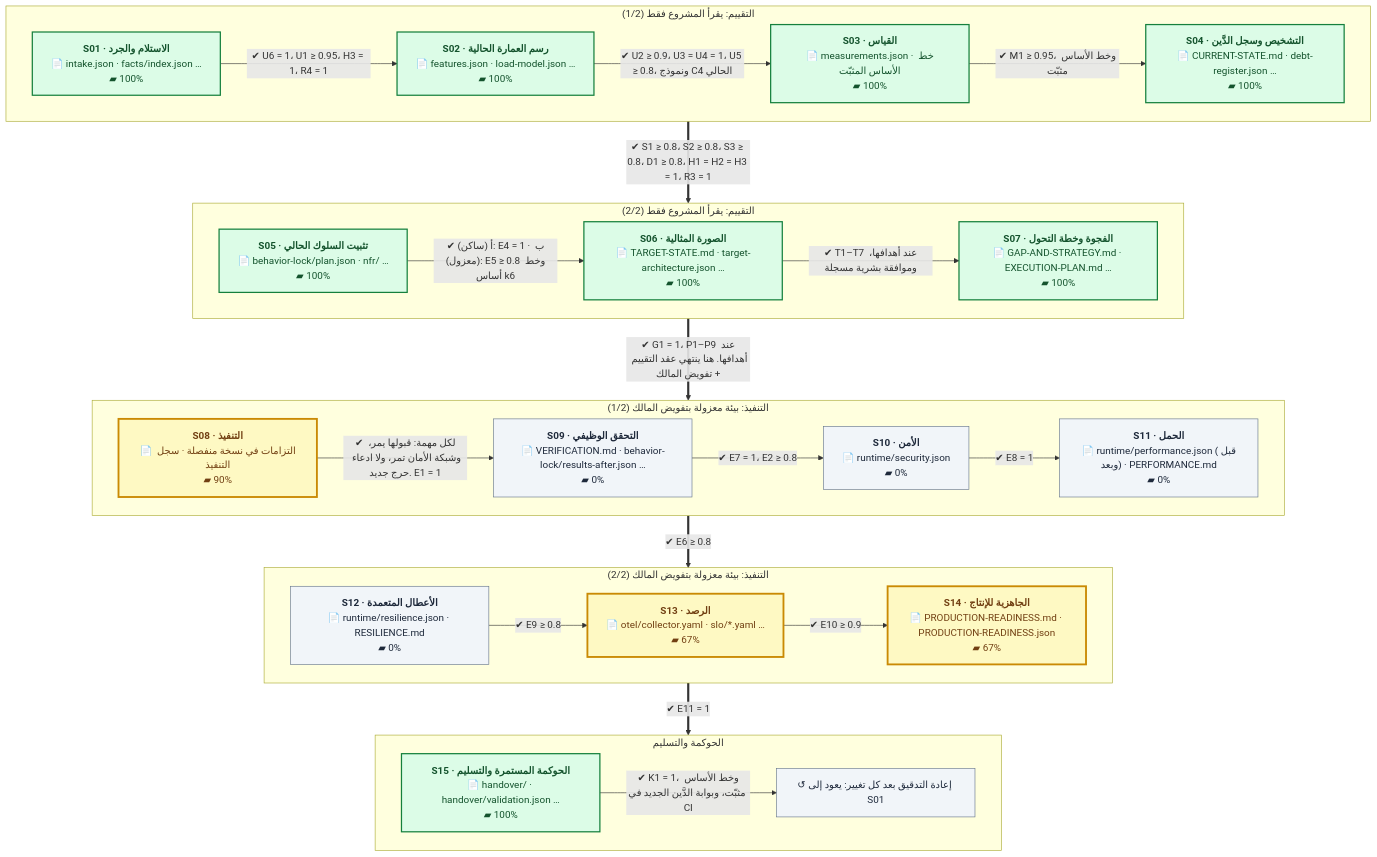
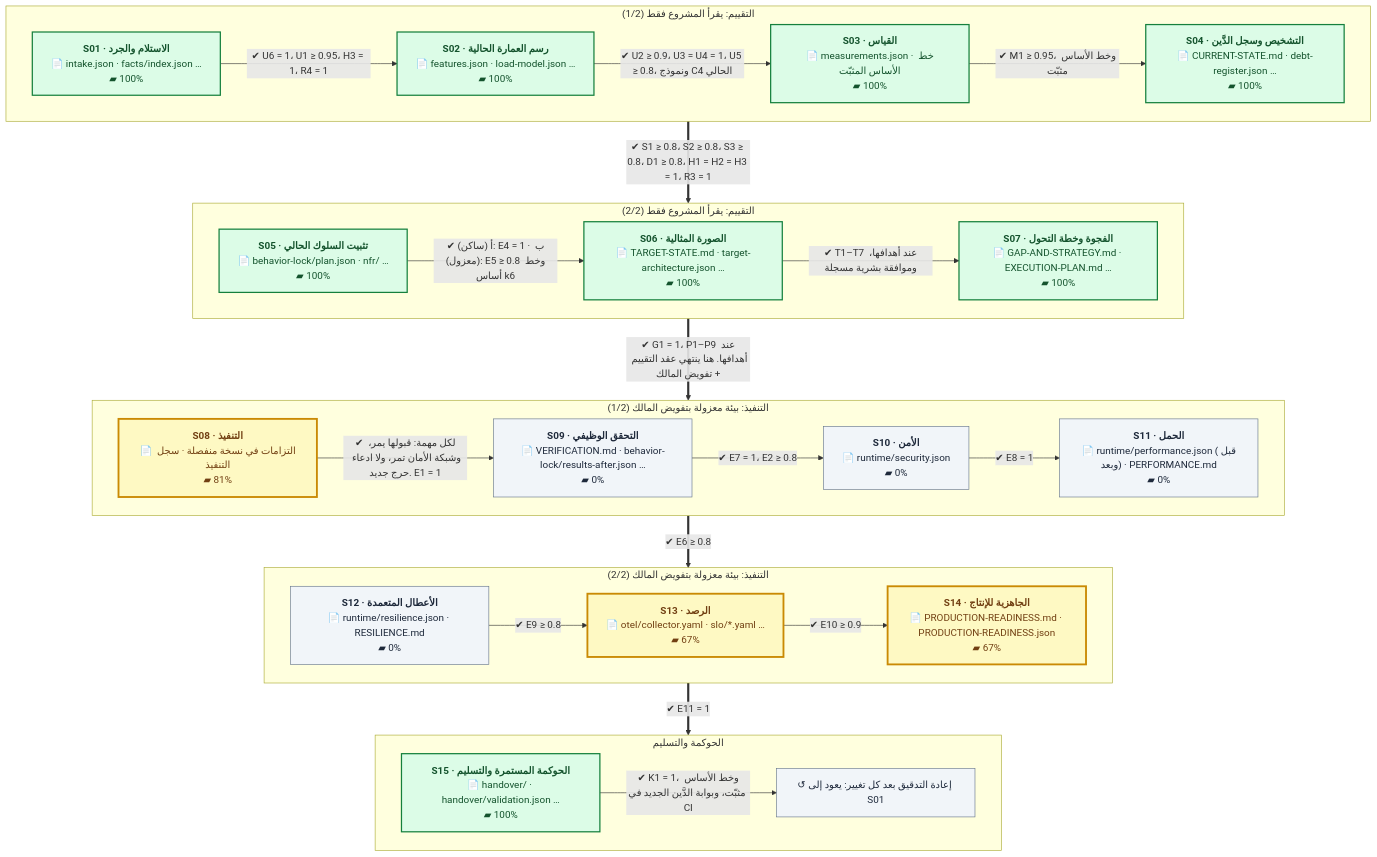
One commit to eom1417/engineering-audit-os changed the second of 2 diagrams in docs/NORTH-STAR.md. Above: the diagram before and after it, drawn with Mermaid. The commit also changed other lines of this file and 8 other files, not shown here.

````diff
--- a/docs/NORTH-STAR.md
+++ b/docs/NORTH-STAR.md
@@ -1145,54 +1153,54 @@
 ```mermaid
 %%{init: {'flowchart': {'wrappingWidth': 260, 'nodeSpacing': 40, 'rankSpacing': 60}}}%%
 flowchart TB
     subgraph P1["التقييم: يقرأ المشروع فقط (1/2)"]
         direction LR
         S01["<b>S01 · الاستلام والجرد</b><br/>📄 intake.json · facts/index.json …<br/>▰ 100%"]:::done
         S02["<b>S02 · رسم العمارة الحالية</b><br/>📄 features.json · load-model.json …<br/>▰ 100%"]:::done
         S03["<b>S03 · القياس</b><br/>📄 measurements.json · خط الأساس المثبّت<br/>▰ 100%"]:::done
         S04["<b>S04 · التشخيص وسجل الدَّين</b><br/>📄 CURRENT-STATE.md · debt-register.json …<br/>▰ 100%"]:::done
         S01 -->|"✔ U6 = 1، U1 ≥ 0.95، H3 = 1، R4 = 1"| S02
         S02 -->|"✔ U2 ≥ 0.9، U3 = U4 = 1، U5 ≥ 0.8، ونموذج C4 الحالي"| S03
         S03 -->|"✔ M1 ≥ 0.95، وخط الأساس مثبّت"| S04
     end
     subgraph P2["التقييم: يقرأ المشروع فقط (2/2)"]
         direction LR
         S05["<b>S05 · تثبيت السلوك الحالي</b><br/>📄 behavior-lock/plan.json · nfr/ …<br/>▰ 100%"]:::done
         S06["<b>S06 · الصورة المثالية</b><br/>📄 TARGET-STATE.md · target-architecture.json …<br/>▰ 100%"]:::done
         S07["<b>S07 · الفجوة وخطة التحول</b><br/>📄 GAP-AND-STRATEGY.md · EXECUTION-PLAN.md …<br/>▰ 100%"]:::done
         S05 -->|"✔ أ (ساكن): E4 = 1 · ب (معزول): E5 ≥ 0.8 وخط أساس k6"| S06
         S06 -->|"✔ T1–T7 عند أهدافها، وموافقة بشرية مسجلة"| S07
     end
     subgraph P3["التنفيذ: بيئة معزولة بتفويض المالك (1/2)"]
         direction LR
-        S08["<b>S08 · التنفيذ</b><br/>📄 التزامات في نسخة منفصلة · سجل التنفيذ<br/>▰ 90%"]:::current
+        S08["<b>S08 · التنفيذ</b><br/>📄 التزامات في نسخة منفصلة · سجل التنفيذ<br/>▰ 81%"]:::current
         S09["<b>S09 · التحقق الوظيفي</b><br/>📄 VERIFICATION.md · behavior-lock/results-after.json …<br/>▰ 0%"]:::next
         S10["<b>S10 · الأمن</b><br/>📄 runtime/security.json<br/>▰ 0%"]:::next
         S11["<b>S11 · الحمل</b><br/>📄 runtime/performance.json (قبل وبعد) · PERFORMANCE.md<br/>▰ 0%"]:::next
         S08 -->|"✔ لكل مهمة: قبولها يمر، وشبكة الأمان تمر، ولا ادعاء حرج جديد. E1 = 1"| S09
         S09 -->|"✔ E7 = 1، E2 ≥ 0.8"| S10
         S10 -->|"✔ E8 = 1"| S11
     end
     subgraph P4["التنفيذ: بيئة معزولة بتفويض المالك (2/2)"]
         direction LR
         S12["<b>S12 · الأعطال المتعمدة</b><br/>📄 runtime/resilience.json · RESILIENCE.md<br/>▰ 0%"]:::next
         S13["<b>S13 · الرصد</b><br/>📄 otel/collector.yaml · slo/*.yaml …<br/>▰ 67%"]:::current
         S14["<b>S14 · الجاهزية للإنتاج</b><br/>📄 PRODUCTION-READINESS.md · PRODUCTION-READINESS.json<br/>▰ 67%"]:::current
         S12 -->|"✔ E9 ≥ 0.8"| S13
         S13 -->|"✔ E10 ≥ 0.9"| S14
     end
     subgraph P5["الحوكمة والتسليم"]
         direction LR
         S15["<b>S15 · الحوكمة المستمرة والتسليم</b><br/>📄 handover/ · handover/validation.json …<br/>▰ 100%"]:::done
         LOOP["↺ إعادة التدقيق بعد كل تغيير: يعود إلى S01"]:::next
         S15 -->|"✔ K1 = 1، وخط الأساس مثبّت، وبوابة الدَّين الجديد في CI"| LOOP
     end
     P1 ==>|"✔ S1 ≥ 0.8، S2 ≥ 0.8، S3 ≥ 0.8، D1 ≥ 0.8، H1 = H2 = H3 = 1، R3 = 1"| P2
     P2 ==>|"✔ G1 = 1، P1–P9 عند أهدافها. هنا ينتهي عقد التقييم + تفويض المالك"| P3
     P3 ==>|"✔ E6 ≥ 0.8"| P4
     P4 ==>|"✔ E11 = 1"| P5
     classDef done fill:#dcfce7,stroke:#15803d,color:#14532d,stroke-width:2px
     classDef current fill:#fef9c3,stroke:#ca8a04,color:#713f12,stroke-width:3px
     classDef next fill:#f1f5f9,stroke:#64748b,color:#1e293b
     classDef owner fill:#fee2e2,stroke:#b91c1c,color:#7f1d1d,stroke-dasharray:5 3
 ```
````
